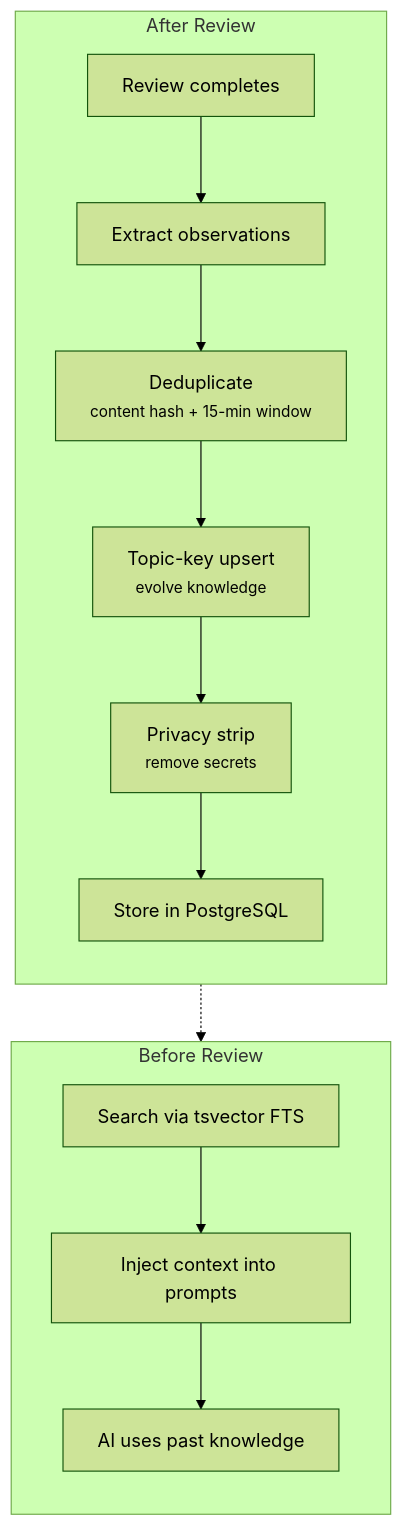
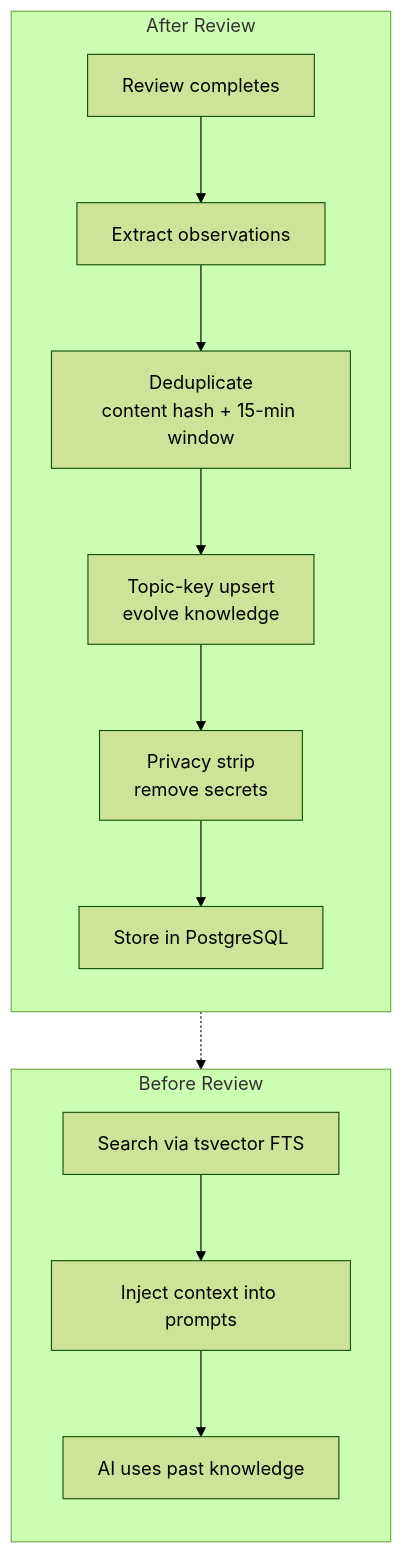
The first of 2 diagrams in docs/memory-system.md (actions-marketplace-validations/JNZader_ghagga), drawn with Mermaid (forest theme) before and after one commit. The commit also changed 7 other files, not shown here.

First line of the commit message:
fix(docs): remove <small> tags from Mermaid diagrams

````diff
--- a/docs/memory-system.md
+++ b/docs/memory-system.md
@@ -7,19 +7,19 @@
 ```mermaid
 flowchart TB
   subgraph Write["After Review"]
     direction TB
     R["Review completes"] --> Extract["Extract observations"]
-    Extract --> Dedup["Deduplicate<br/><small>content hash + 15-min window</small>"]
-    Dedup --> Upsert["Topic-key upsert<br/><small>evolve knowledge</small>"]
-    Upsert --> Strip["Privacy strip<br/><small>remove secrets</small>"]
+    Extract --> Dedup["Deduplicate<br/>content hash + 15-min window"]
+    Dedup --> Upsert["Topic-key upsert<br/>evolve knowledge"]
+    Upsert --> Strip["Privacy strip<br/>remove secrets"]
     Strip --> Store["Store in PostgreSQL"]
   end
 
   subgraph Read["Before Review"]
     direction TB
     Search["Search via tsvector FTS"] --> Inject["Inject context into prompts"]
     Inject --> AI["AI uses past knowledge"]
   end
 
   Store -.-> Search
 ```
````
